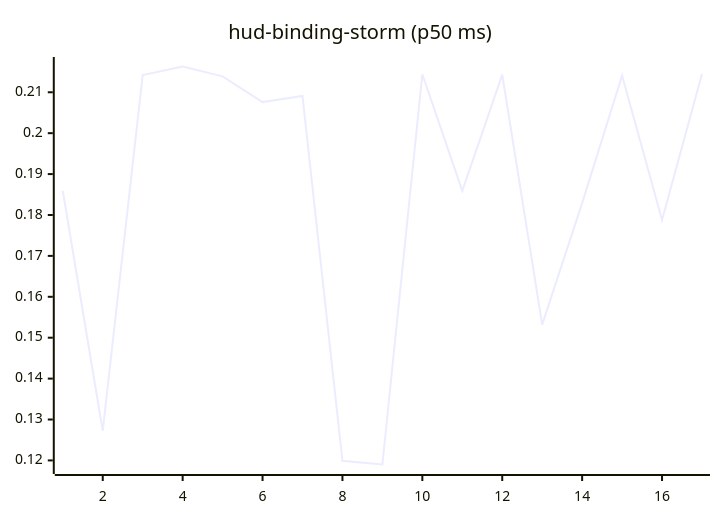
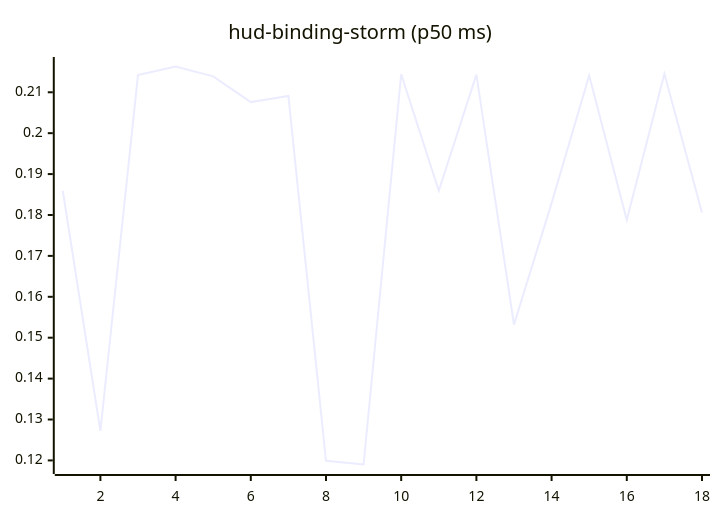
The tenth of 27 diagrams in README.md (josha/Facet), drawn with Mermaid before and after one commit. The commit also changed other lines of this file and 2 other files, not shown here.

````diff
--- a/README.md
+++ b/README.md
@@ -126,6 +126,6 @@
 ```mermaid
 xychart-beta
     title "hud-binding-storm (p50 ms)"
-    x-axis 1 --> 17
-    line [0.1859, 0.1272, 0.2142, 0.2163, 0.2139, 0.2076, 0.2091, 0.1199, 0.1190, 0.2144, 0.1859, 0.2143, 0.1532, 0.1829, 0.2141, 0.1788, 0.2145]
+    x-axis 1 --> 18
+    line [0.1859, 0.1272, 0.2142, 0.2163, 0.2139, 0.2076, 0.2091, 0.1199, 0.1190, 0.2144, 0.1859, 0.2143, 0.1532, 0.1829, 0.2141, 0.1788, 0.2145, 0.1806]
 ```
````
